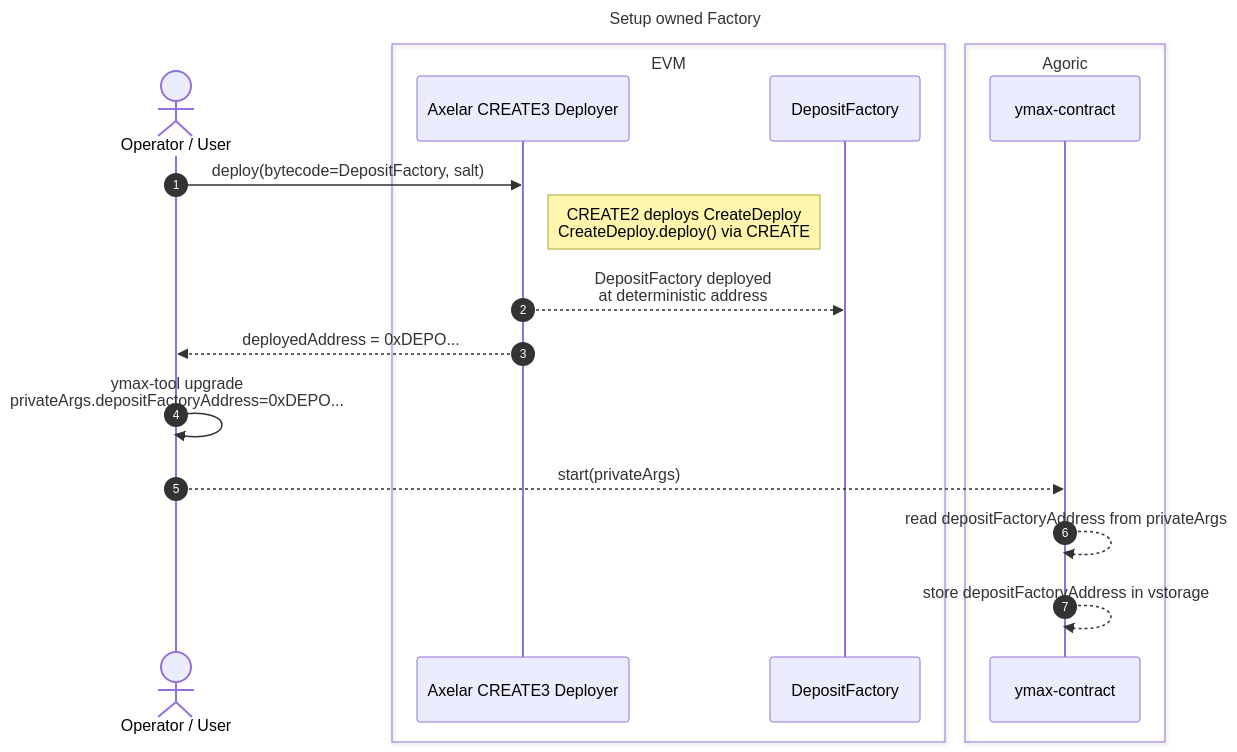
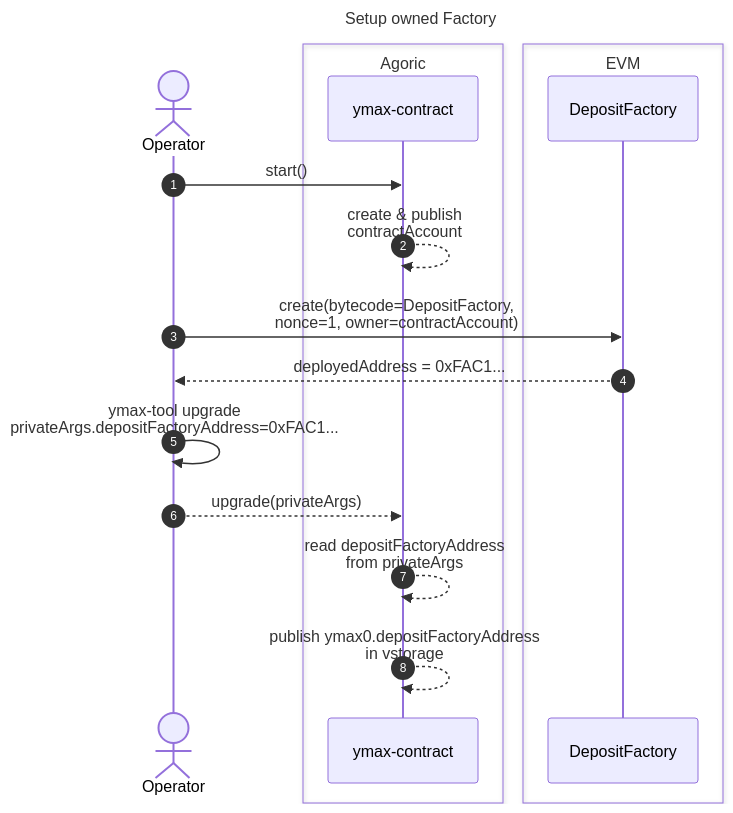
The sixth of 7 diagrams in packages/portfolio-contract/docs-design/evm-wallet.md (Agoric/agoric-sdk), drawn with Mermaid before and after one commit. The commit also changed other lines of this file, not shown here.

Commit message:
chore: update evm doc

````diff
--- a/packages/portfolio-contract/docs-design/evm-wallet.md
+++ b/packages/portfolio-contract/docs-design/evm-wallet.md
@@ -328,34 +326,33 @@
 ```mermaid
 sequenceDiagram
   title: Setup owned Factory
 
   %% Conventions:
   %% - `->>` denotes a spontaneous action (initiating cause)
   %% - `-->>` denotes a consequence of a prior message
 
   autonumber
-  actor op as Operator / User
-
-  box EVM
-    participant C3 as Axelar CREATE3 Deployer
-    participant DF as DepositFactory
-  end
+  actor op as Operator
 
   box Agoric
     participant Y as ymax-contract
   end
 
-  %% 1) Deploy DepositFactory using CREATE3
-  op->>C3: deploy(bytecode=DepositFactory, salt)
-  Note right of C3: CREATE2 deploys CreateDeploy<br/>CreateDeploy.deploy() via CREATE
-  C3-->>DF: DepositFactory deployed<br/>at deterministic address
-  C3-->>op: deployedAddress = 0xDEPO...
+  box EVM
+    participant DF as DepositFactory
+  end
 
-  %% 2) Operator manually wires address into ymax-contract
-  op->>op: ymax-tool upgrade<br/>privateArgs.depositFactoryAddress=0xDEPO...
-  op-->>Y: start(privateArgs)
+  %% 1) Start YMax contract
+  op ->> Y: start()
+  Y -->> Y: create & publish<br/>contractAccount
 
-  %% 3) ymax-contract persists the address
-  Y-->>Y: read depositFactoryAddress from privateArgs
-  Y-->>Y: store depositFactoryAddress in vstorage
+  %% 2) Deploy DepositFactory
+  op->>DF: create(bytecode=DepositFactory,<br/>nonce=1, owner=contractAccount)
+  DF-->>op: deployedAddress = 0xFAC1...
+
+  %% 3) Operator manually wires address into ymax-contract
+  op->>op: ymax-tool upgrade<br/>privateArgs.depositFactoryAddress=0xFAC1...
+  op-->>Y: upgrade(privateArgs)
+  Y-->>Y: read depositFactoryAddress<br/>from privateArgs
+  Y-->>Y: publish ymax0.depositFactoryAddress<br/>in vstorage
 ```
````
